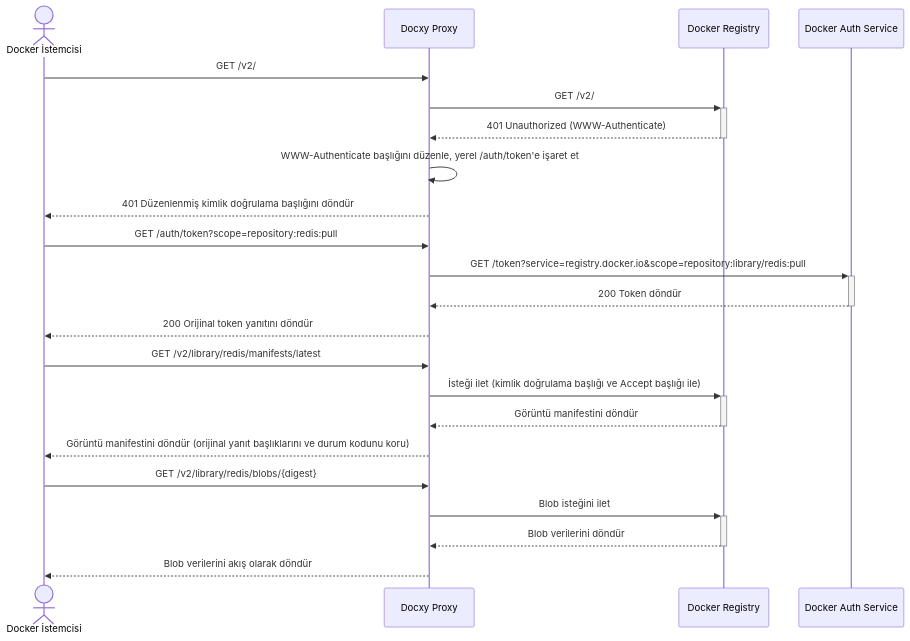
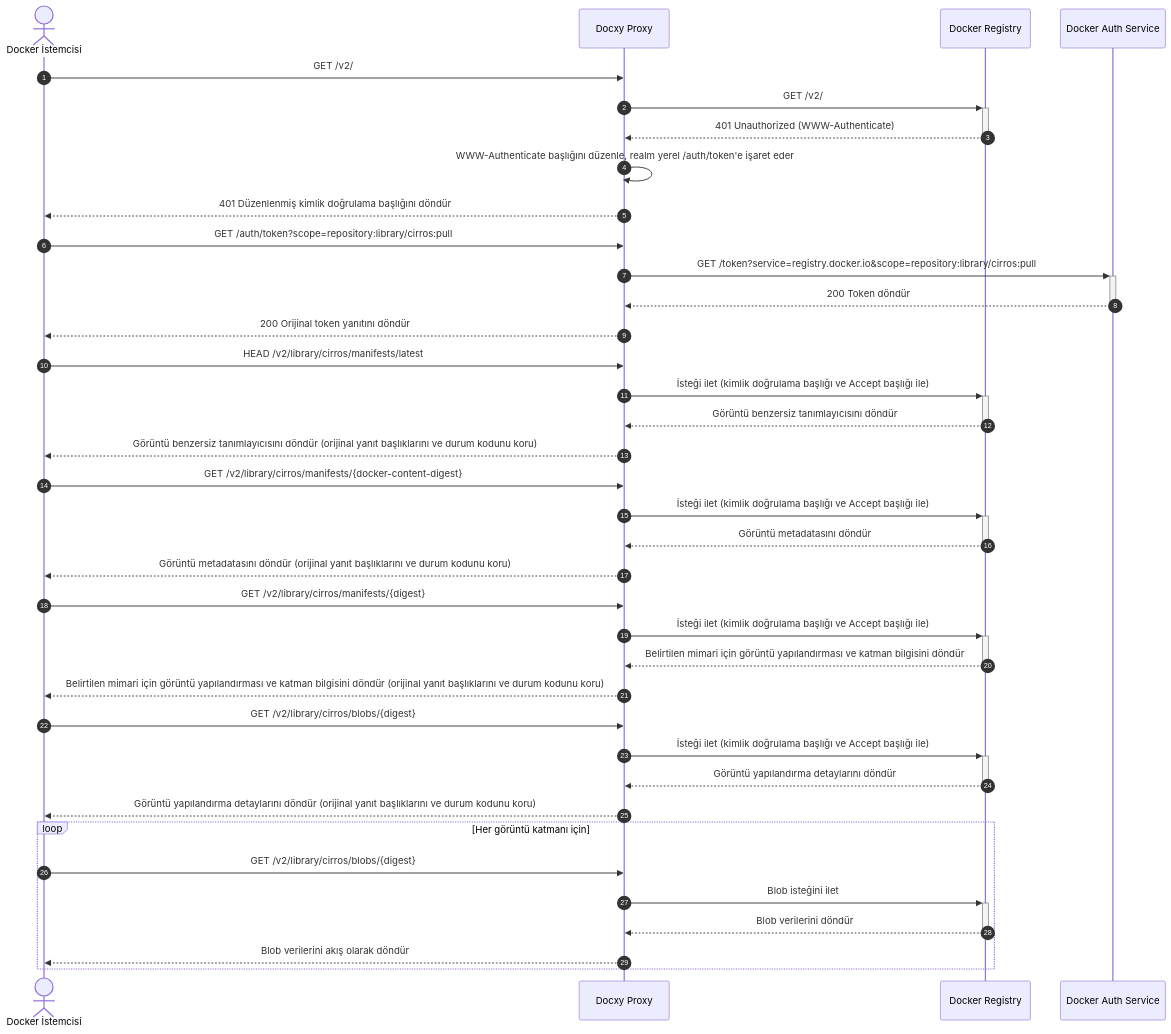
Before and after one commit to harrisonwang/docxy: the second of 3 diagrams in README_TR.md, drawn with Mermaid. The commit also changed other lines of this file and 7 other files, not shown here.

````diff
--- a/README_TR.md
+++ b/README_TR.md
@@ -90,32 +87,53 @@
 ```mermaid
 sequenceDiagram
+    autonumber
     actor Client as Docker İstemcisi
     participant Proxy as Docxy Proxy
     participant Registry as Docker Registry
     participant Auth as Docker Auth Service
     
     %% Meydan Okuma İsteği İşleme
     Client->>Proxy: GET /v2/
     Proxy->>+Registry: GET /v2/
     Registry-->>-Proxy: 401 Unauthorized (WWW-Authenticate)
-    Proxy->>Proxy: WWW-Authenticate başlığını düzenle, yerel /auth/token'e işaret et
+    Proxy->>Proxy: WWW-Authenticate başlığını düzenle, realm yerel /auth/token'e işaret eder
     Proxy-->>Client: 401 Düzenlenmiş kimlik doğrulama başlığını döndür
     
     %% Token Alma
-    Client->>Proxy: GET /auth/token?scope=repository:redis:pull
-    Proxy->>+Auth: GET /token?service=registry.docker.io&scope=repository:library/redis:pull
+    Client->>Proxy: GET /auth/token?scope=repository:library/cirros:pull
+    Proxy->>+Auth: GET /token?service=registry.docker.io&scope=repository:library/cirros:pull
     Auth-->>-Proxy: 200 Token döndür
     Proxy-->>Client: 200 Orijinal token yanıtını döndür
     
+    %% Görüntü Özet İsteği İşleme
+    Client->>Proxy: HEAD /v2/library/cirros/manifests/latest
+    Proxy->>+Registry: İsteği ilet (kimlik doğrulama başlığı ve Accept başlığı ile)
+    Registry-->>-Proxy: Görüntü benzersiz tanımlayıcısını döndür
+    Proxy-->>Client: Görüntü benzersiz tanımlayıcısını döndür (orijinal yanıt başlıklarını ve durum kodunu koru)
+
     %% Görüntü Metadata İsteği İşleme
-    Client->>Proxy: GET /v2/library/redis/manifests/latest
+    Client->>Proxy: GET /v2/library/cirros/manifests/{docker-content-digest}
     Proxy->>+Registry: İsteği ilet (kimlik doğrulama başlığı ve Accept başlığı ile)
-    Registry-->>-Proxy: Görüntü manifestini döndür
-    Proxy-->>Client: Görüntü manifestini döndür (orijinal yanıt başlıklarını ve durum kodunu koru)
+    Registry-->>-Proxy: Görüntü metadatasını döndür
+    Proxy-->>Client: Görüntü metadatasını döndür (orijinal yanıt başlıklarını ve durum kodunu koru)
+
+    %% Görüntü Yapılandırması ve Katman Bilgisi İsteği İşleme
+    Client->>Proxy: GET /v2/library/cirros/manifests/{digest}
+    Proxy->>+Registry: İsteği ilet (kimlik doğrulama başlığı ve Accept başlığı ile)
+    Registry-->>-Proxy: Belirtilen mimari için görüntü yapılandırması ve katman bilgisini döndür
+    Proxy-->>Client: Belirtilen mimari için görüntü yapılandırması ve katman bilgisini döndür (orijinal yanıt başlıklarını ve durum kodunu koru)
+
+    %% Görüntü Yapılandırması Detay İsteği İşleme
+    Client->>Proxy: GET /v2/library/cirros/blobs/{digest}
+    Proxy->>+Registry: İsteği ilet (kimlik doğrulama başlığı ve Accept başlığı ile)
+    Registry-->>-Proxy: Görüntü yapılandırma detaylarını döndür
+    Proxy-->>Client: Görüntü yapılandırma detaylarını döndür (orijinal yanıt başlıklarını ve durum kodunu koru)
     
-    %% İkili Veri İşleme
-    Client->>Proxy: GET /v2/library/redis/blobs/{digest}
-    Proxy->>+Registry: Blob isteğini ilet
-    Registry-->>-Proxy: Blob verilerini döndür
-    Proxy-->>Client: Blob verilerini akış olarak döndür
+    %% Görüntü Katmanı İkili Veri İsteği İşleme (her katman için döngü)
+    loop Her görüntü katmanı için
+        Client->>Proxy: GET /v2/library/cirros/blobs/{digest}
+        Proxy->>+Registry: Blob isteğini ilet
+        Registry-->>-Proxy: Blob verilerini döndür
+        Proxy-->>Client: Blob verilerini akış olarak döndür
+    end
 ```
````
